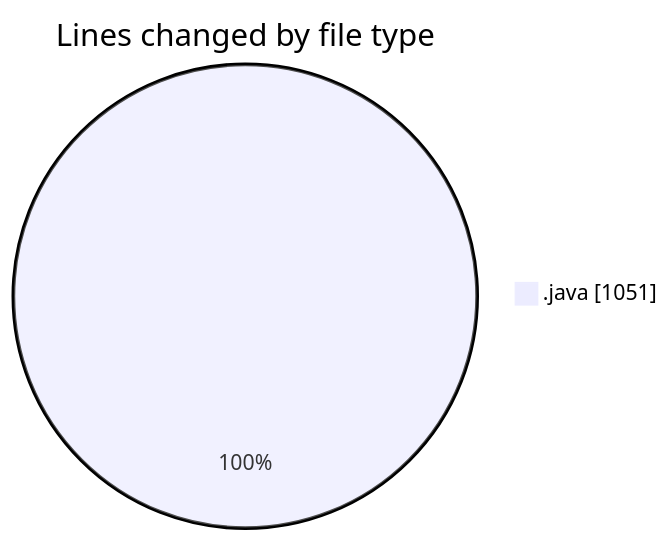
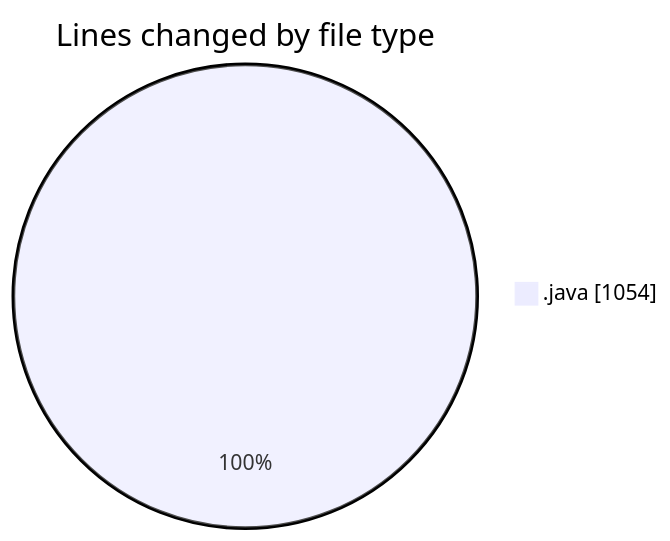
Before and after one commit to ricardozamudiocil/code-tracking: the first of 2 diagrams in 2026-07-08/cilapp/README.md, drawn with Mermaid. The commit also changed other lines of this file and 1 other file, not shown here.

````diff
--- a/2026-07-08/cilapp/README.md
+++ b/2026-07-08/cilapp/README.md
@@ -20,5 +22,5 @@
 ```mermaid
 pie showData
 title Lines changed by file type
-".java" : 1051
+".java" : 1054
 ```
````
